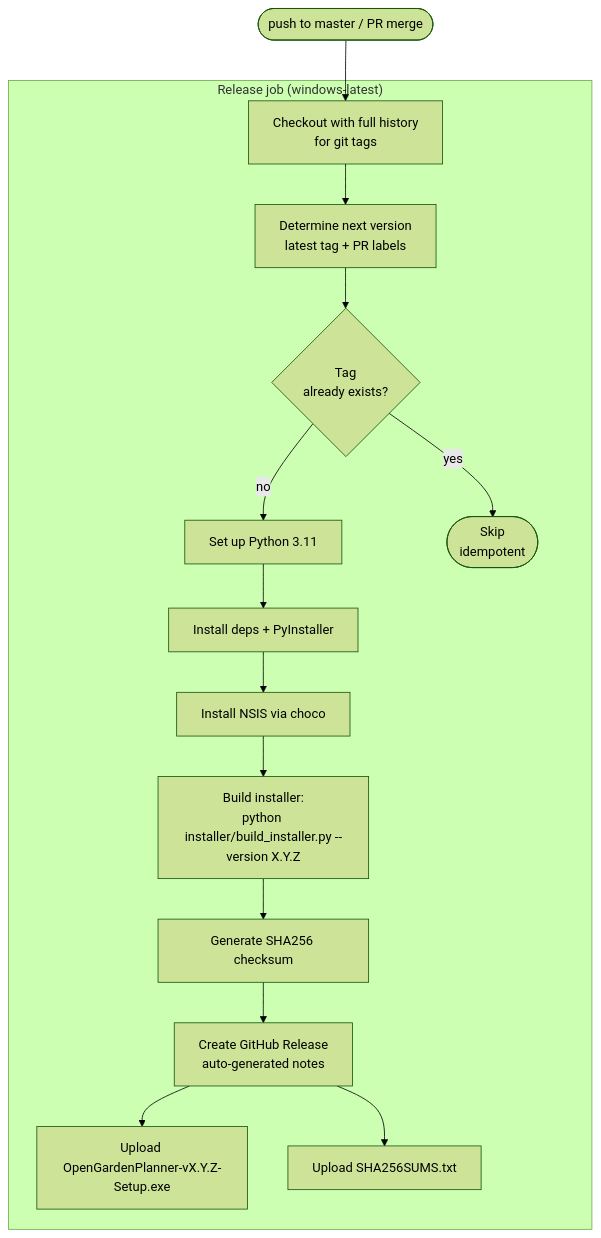
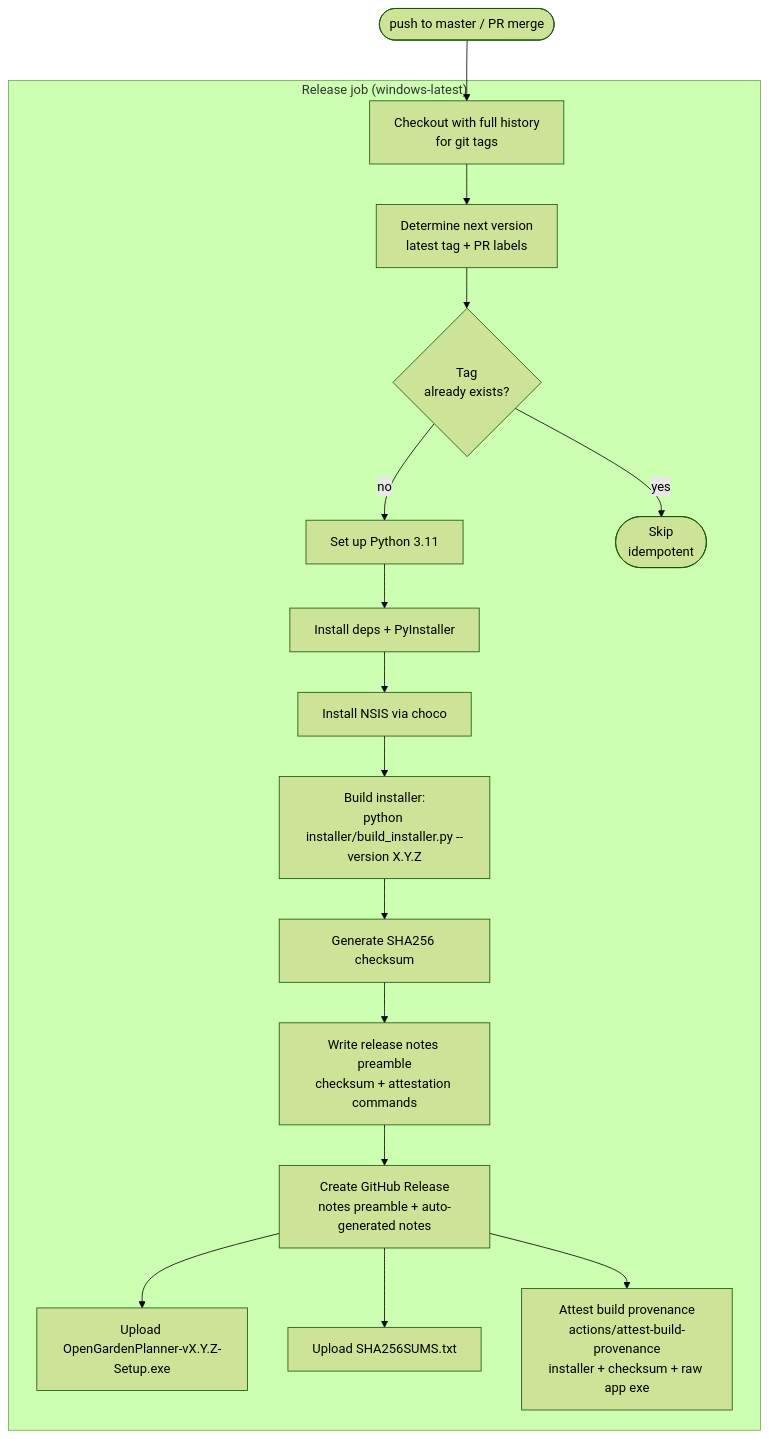
The third of 3 diagrams in docs/07-deployment-view/README.md (cofade/open-garden-planner), drawn with Mermaid (forest theme) before and after one commit. The commit also changed other lines of this file and 9 other files, not shown here.

First line of the commit message:
feat: build provenance attestation for release artifacts (#356) (#357)

````diff
--- a/docs/07-deployment-view/README.md
+++ b/docs/07-deployment-view/README.md
@@ -199,26 +229,29 @@
 ```mermaid
 flowchart TD
     Trigger(["push to master / PR merge"])
     subgraph Job["Release job (windows-latest)"]
         R1[Checkout with full history<br/>for git tags]
         R2[Determine next version<br/>latest tag + PR labels]
         R3{Tag<br/>already exists?}
         R4[Set up Python 3.11]
         R5[Install deps + PyInstaller]
         R6[Install NSIS via choco]
         R7["Build installer:<br/>python installer/build_installer.py --version X.Y.Z"]
         R8[Generate SHA256 checksum]
-        R9[Create GitHub Release<br/>auto-generated notes]
+        R8b[Write release notes preamble<br/>checksum + attestation commands]
+        R9[Create GitHub Release<br/>notes preamble + auto-generated notes]
         R10a[Upload OpenGardenPlanner-vX.Y.Z-Setup.exe]
         R10b[Upload SHA256SUMS.txt]
+        R11["Attest build provenance<br/>actions/attest-build-provenance<br/>installer + checksum + raw app exe"]
         Skip([Skip<br/>idempotent])
 
         R1 --> R2 --> R3
         R3 -->|yes| Skip
-        R3 -->|no| R4 --> R5 --> R6 --> R7 --> R8 --> R9
+        R3 -->|no| R4 --> R5 --> R6 --> R7 --> R8 --> R8b --> R9
         R9 --> R10a
         R9 --> R10b
+        R9 --> R11
     end
 
     Trigger --> R1
 ```
````
